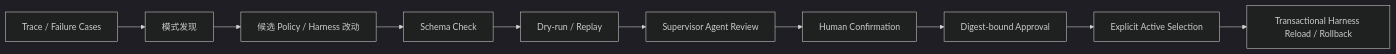
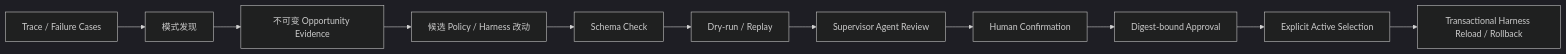
Before and after one commit to WeiSuanDi/EvoPi: the second of 2 diagrams in docs/design/GLOBAL_ARCHITECTURE.md, drawn with Mermaid (dark theme). The commit also changed other lines of this file and 12 other files, not shown here.

Commit message:
Add policy pattern discovery evidence

````diff
--- a/docs/design/GLOBAL_ARCHITECTURE.md
+++ b/docs/design/GLOBAL_ARCHITECTURE.md
@@ -230,12 +230,13 @@
 ```mermaid
 flowchart LR
     Trace["Trace / Failure Cases"] --> Pattern["模式发现"]
-    Pattern --> Candidate["候选 Policy / Harness 改动"]
+    Pattern --> Opportunity["不可变 Opportunity Evidence"]
+    Opportunity --> Candidate["候选 Policy / Harness 改动"]
     Candidate --> Schema["Schema Check"]
     Schema --> DryRun["Dry-run / Replay"]
     DryRun --> Supervisor["Supervisor Agent Review"]
     Supervisor --> Human["Human Confirmation"]
     Human --> Approval["Digest-bound Approval"]
     Approval --> Active["Explicit Active Selection"]
     Active --> Registry["Transactional Harness Reload / Rollback"]
 ```
````
